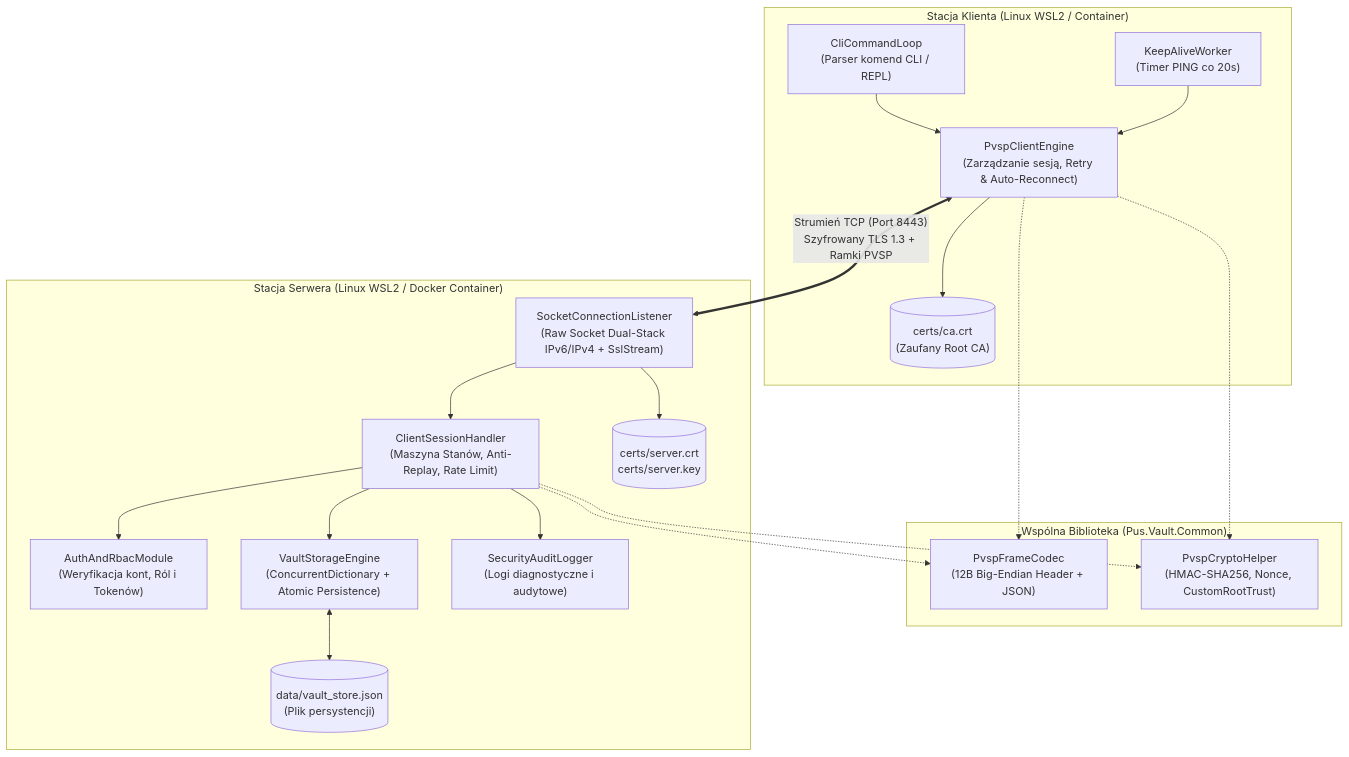
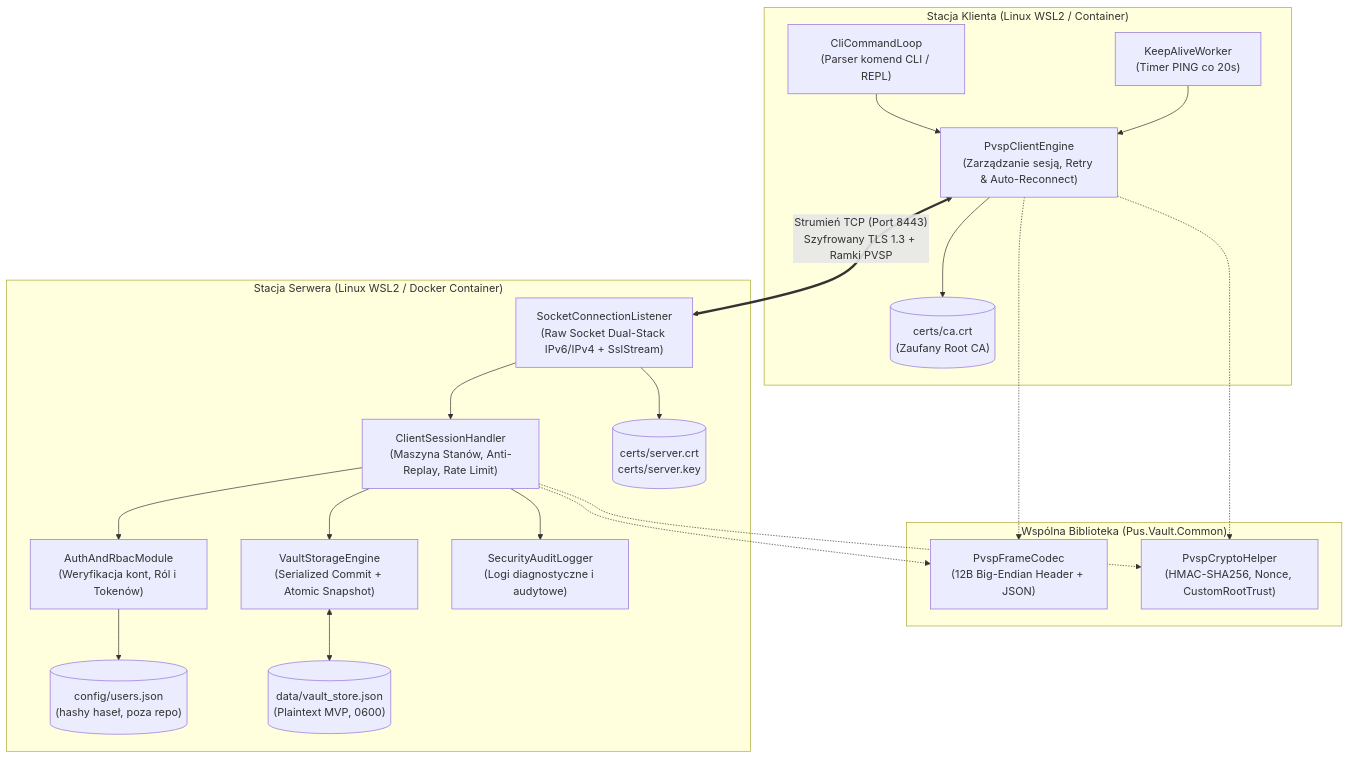
One commit to zephir-x/pk-pus changed the diagram in Assets/projekt-aplikacji.md. Above: the diagram before and after it, drawn with Mermaid. The commit also changed other lines of this file and 2 other files, not shown here.

First line of the commit message:
docs(pus-vault): align MVP specifications

````diff
--- a/Assets/projekt-aplikacji.md
+++ b/Assets/projekt-aplikacji.md
@@ -76,42 +76,44 @@
 ```mermaid
 flowchart TB
     subgraph ClientHost ["Stacja Klienta (Linux WSL2 / Container)"]
         CLI["CliCommandLoop<br/>(Parser komend CLI / REPL)"]
         CEngine["PvspClientEngine<br/>(Zarządzanie sesją, Retry & Auto-Reconnect)"]
         KA["KeepAliveWorker<br/>(Timer PING co 20s)"]
         CA_Cert[("certs/ca.crt<br/>(Zaufany Root CA)")]
     end
 
     subgraph CommonLib ["Wspólna Biblioteka (Pus.Vault.Common)"]
         Codec["PvspFrameCodec<br/>(12B Big-Endian Header + JSON)"]
         Crypto["PvspCryptoHelper<br/>(HMAC-SHA256, Nonce, CustomRootTrust)"]
     end
 
     subgraph ServerHost ["Stacja Serwera (Linux WSL2 / Docker Container)"]
         Listener["SocketConnectionListener<br/>(Raw Socket Dual-Stack IPv6/IPv4 + SslStream)"]
         Session["ClientSessionHandler<br/>(Maszyna Stanów, Anti-Replay, Rate Limit)"]
         Auth["AuthAndRbacModule<br/>(Weryfikacja kont, Ról i Tokenów)"]
-        Storage["VaultStorageEngine<br/>(ConcurrentDictionary + Atomic Persistence)"]
+        Storage["VaultStorageEngine<br/>(Serialized Commit + Atomic Snapshot)"]
         Logger["SecurityAuditLogger<br/>(Logi diagnostyczne i audytowe)"]
         
         Srv_Cert[("certs/server.crt<br/>certs/server.key")]
-        DB_File[("data/vault_store.json<br/>(Plik persystencji)")]
+        Users_File[("config/users.json<br/>(hashy haseł, poza repo)")]
+        DB_File[("data/vault_store.json<br/>(Plaintext MVP, 0600)")]
     end
 
     CLI --> CEngine
     KA --> CEngine
     CEngine -.-> Codec
     CEngine -.-> Crypto
     CEngine --> CA_Cert
 
     CEngine <==>|"Strumień TCP (Port 8443)<br/>Szyfrowany TLS 1.3 + Ramki PVSP"| Listener
 
     Listener --> Srv_Cert
     Listener --> Session
     Session -.-> Codec
     Session -.-> Crypto
     Session --> Auth
+        Auth --> Users_File
     Session --> Storage
     Session --> Logger
     Storage <--> DB_File
 ```
````
